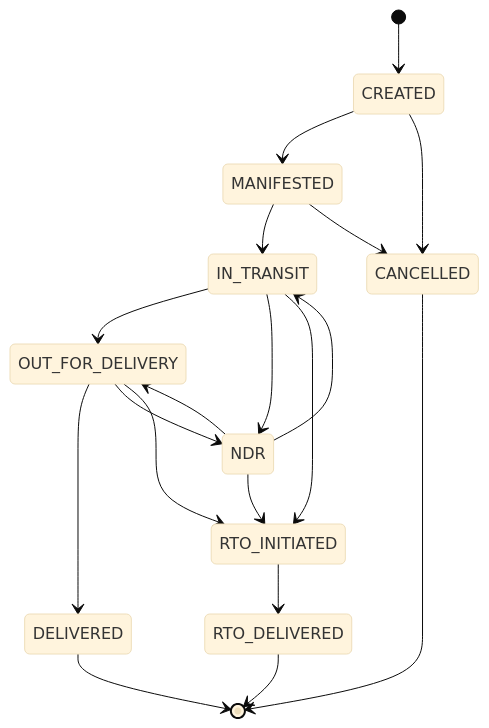
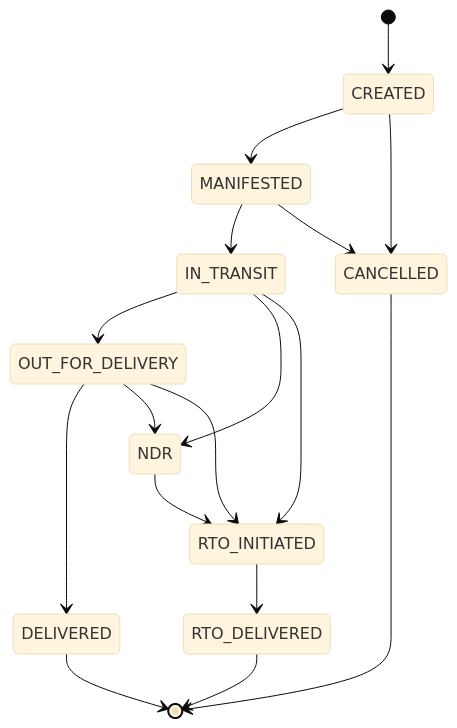
Before and after one commit to ashvins1912/ecommerce-store: the third of 4 diagrams in docs/logistics-engine.md, drawn with Mermaid (base theme). The commit also changed other lines of this file, not shown here.

Commit message:
docs(logistics): clarify acyclic NDR branch and durable webhook idempotency

````diff
--- a/docs/logistics-engine.md
+++ b/docs/logistics-engine.md
@@ -79,21 +79,19 @@
 ```mermaid
 stateDiagram-v2
  [*] --> CREATED
  CREATED --> MANIFESTED
  CREATED --> CANCELLED
  MANIFESTED --> IN_TRANSIT
  MANIFESTED --> CANCELLED
  IN_TRANSIT --> OUT_FOR_DELIVERY
  IN_TRANSIT --> NDR
  IN_TRANSIT --> RTO_INITIATED
  OUT_FOR_DELIVERY --> DELIVERED
  OUT_FOR_DELIVERY --> NDR
  OUT_FOR_DELIVERY --> RTO_INITIATED
- NDR --> IN_TRANSIT
- NDR --> OUT_FOR_DELIVERY
  NDR --> RTO_INITIATED
  RTO_INITIATED --> RTO_DELIVERED
  DELIVERED --> [*]
  RTO_DELIVERED --> [*]
  CANCELLED --> [*]
 ```
````
